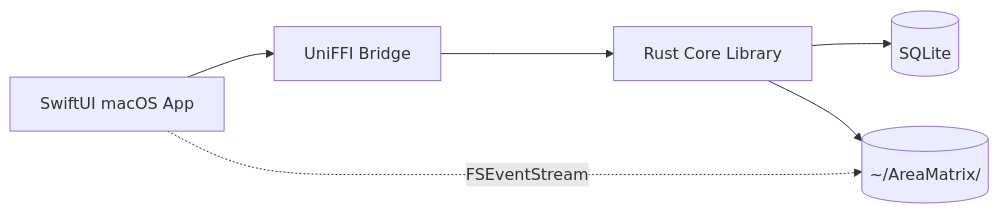
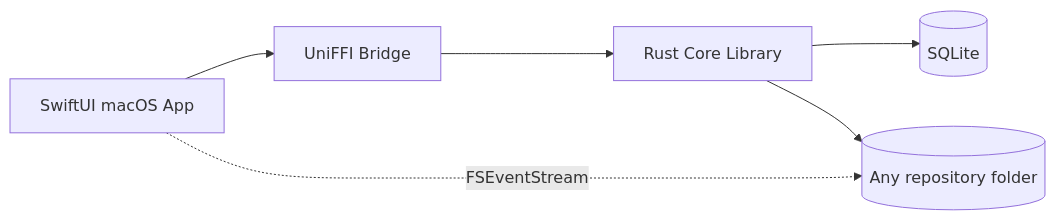
One commit to AreaSong/AreaMatrix changed the diagram in README.md. Above: the diagram before and after it, drawn with Mermaid. The commit also changed other lines of this file and 38 other files, not shown here.

````diff
--- a/README.md
+++ b/README.md
@@ -31,13 +32,13 @@
 ```mermaid
 flowchart LR
     UI[SwiftUI macOS App]
     FFI[UniFFI Bridge]
     Core[Rust Core Library]
     DB[(SQLite)]
-    Repo[(~/AreaMatrix/)]
+    Repo[(Any repository folder)]
 
     UI --> FFI --> Core
     Core --> DB
     Core --> Repo
     UI -.FSEventStream.-> Repo
 ```
````
